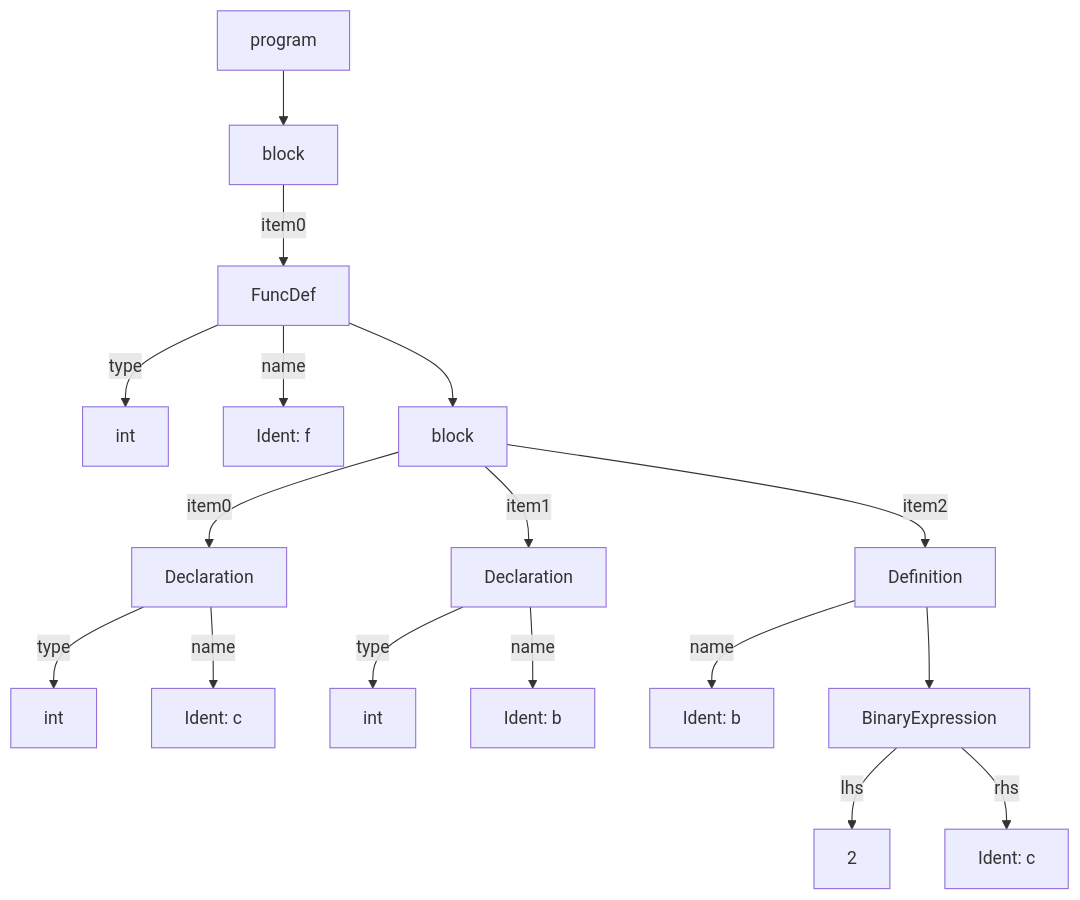
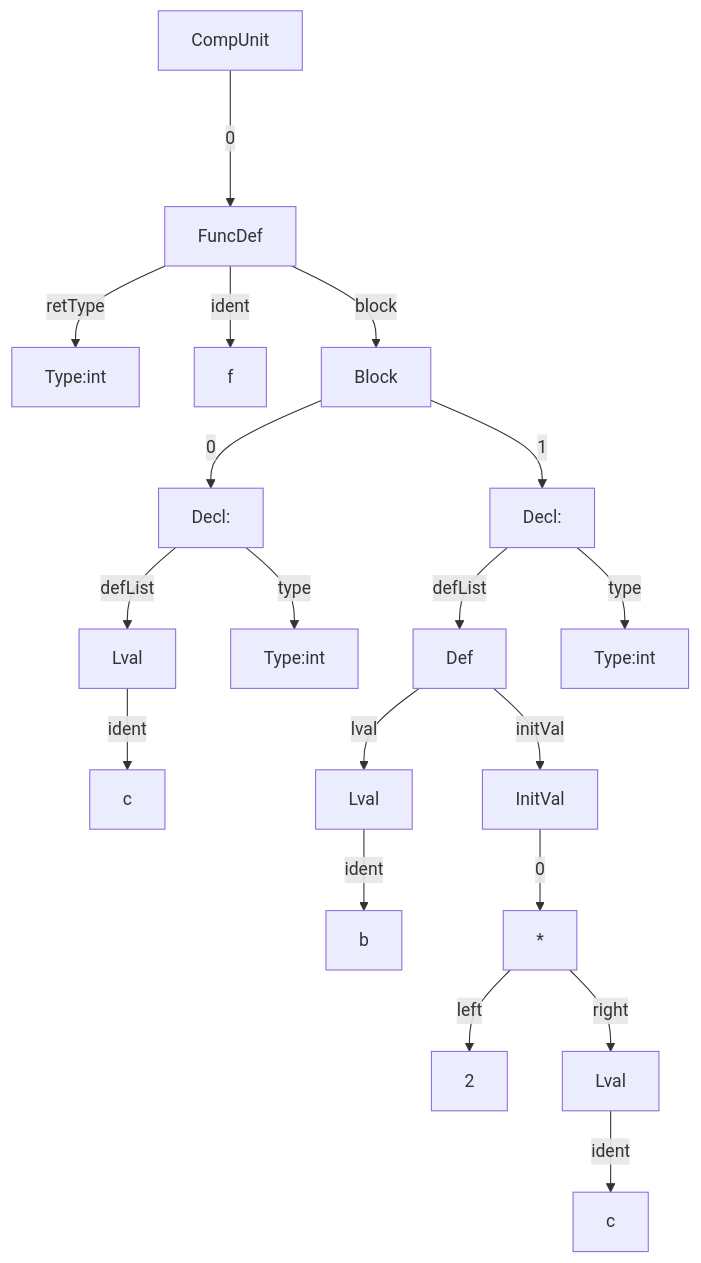
Before and after one commit to nyml2003/sysY: the diagram in tests/4/out.md, drawn with Mermaid. The commit also changed other lines of this file and 55 other files, not shown here.

````diff
--- a/tests/4/out.md
+++ b/tests/4/out.md
@@ -2,33 +1,39 @@
 ```mermaid
 graph TD
-16[program]
-16-->17
-17[block]
-17--item0-->15
-15[FuncDef]
-15--type-->32[int]
-15--name-->1
-1[Ident: f]
-15-->14
-14[block]
-14--item0-->6
-6[Declaration]
-6--type-->23[int]
-6--name-->5
-5[Ident: c]
-14--item1-->13
-13[Declaration]
-13--type-->30[int]
-13--name-->12
-12[Ident: b]
-14--item2-->11
-11[Definition]
-11--name-->7
-7[Ident: b]
-11-->10
-10[BinaryExpression]
-10--lhs-->8
-10--rhs-->9
-8[2]
-9[Ident: c]
+20[CompUnit]--0--->19
+19[FuncDef]
+19--retType-->0
+0[Type:int]
+19--ident-->1
+1[f]
+19--block-->18
+18[Block]
+18--0-->5
+5[Decl:]
+5--type-->6
+6[Type:int]
+5--defList-->4
+4[Lval]
+4--ident-->3
+3[c]
+18--1-->16
+16[Decl:]
+16--type-->17
+17[Type:int]
+16--defList-->15
+15[Def]
+15--lval-->9
+9[Lval]
+9--ident-->8
+8[b]
+15--initVal-->14
+14[InitVal]
+14--0-->13
+13["*"]
+13--left-->10
+10[2]
+13--right-->12
+12[Lval]
+12--ident-->11
+11[c]
 ```
````
